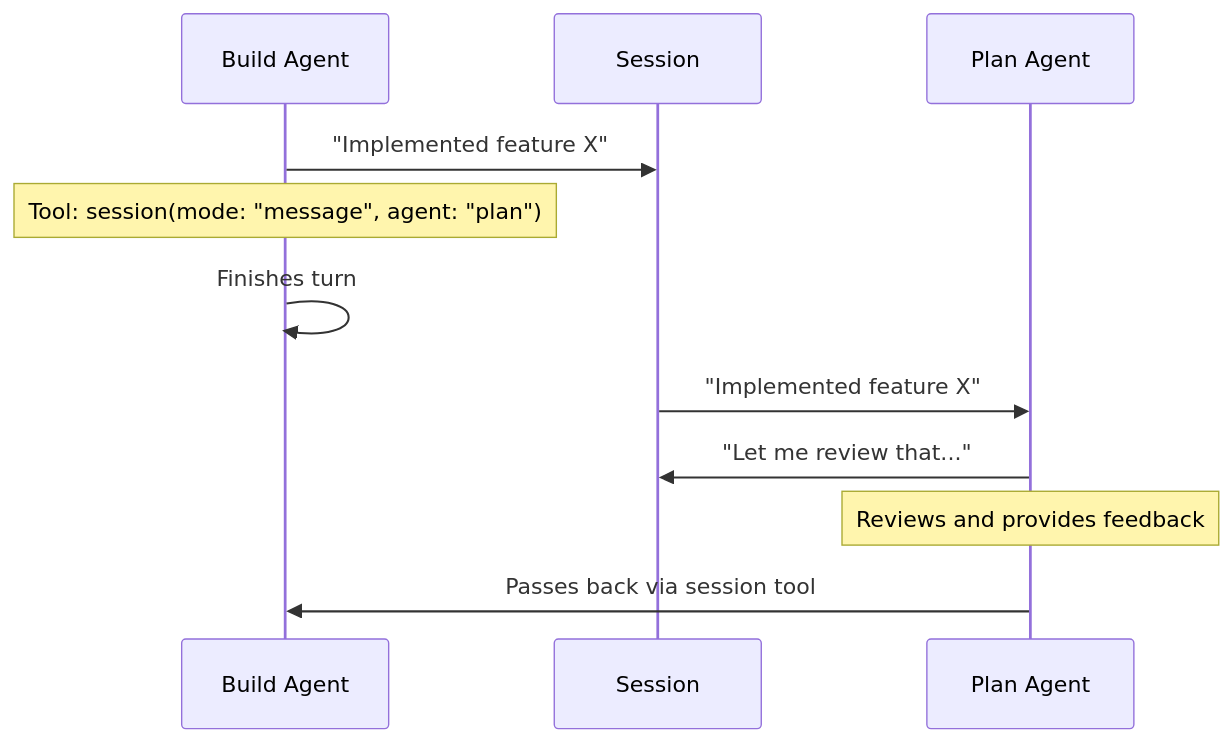
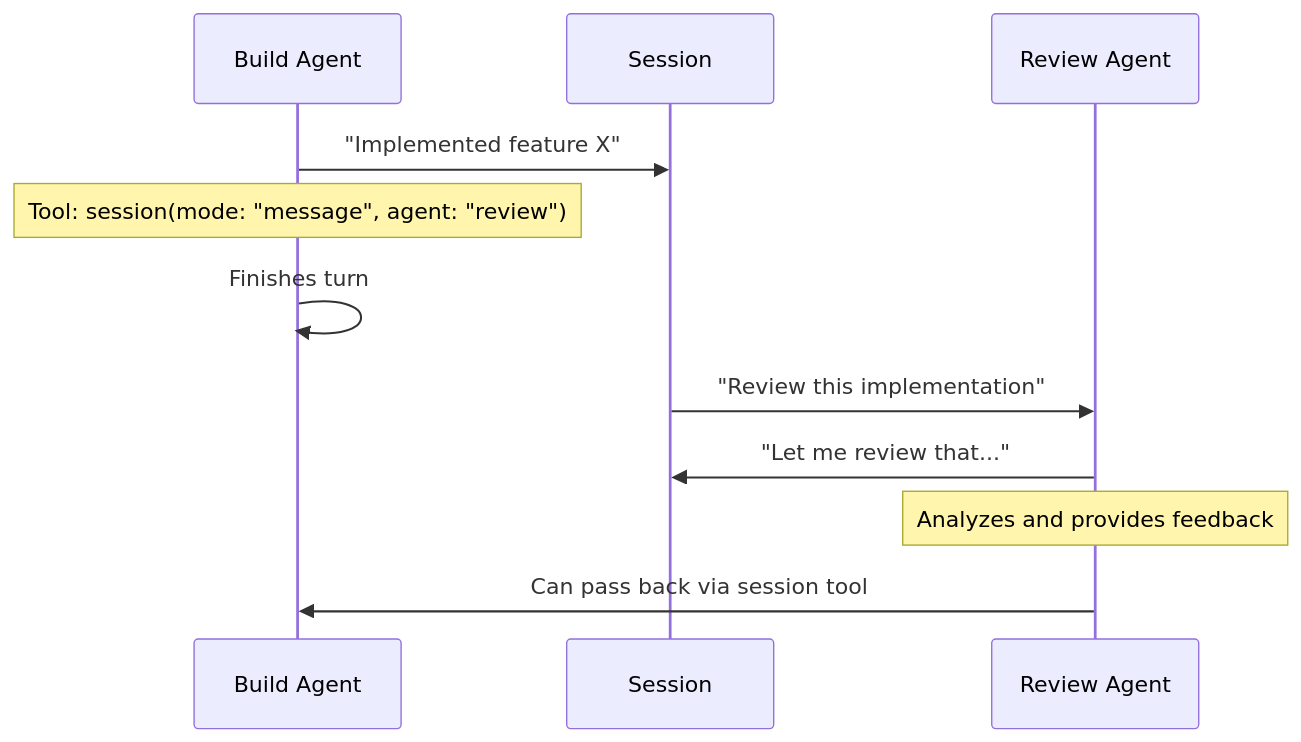
One commit to malhashemi/opencode-sessions changed the second of 4 diagrams in README.md. Above: the diagram before and after it, drawn with Mermaid. The commit also changed other lines of this file, not shown here.

First line of the commit message:
docs: improve README based on Reddit feedback

````diff
--- a/README.md
+++ b/README.md
@@ -28,14 +84,14 @@
 ```mermaid
 sequenceDiagram
     participant Build as Build Agent
     participant User as Session
-    participant Plan as Plan Agent
+    participant Review as Review Agent
 
     Build->>User: "Implemented feature X"
-    Note over Build: Tool: session(mode: "message", agent: "plan")
+    Note over Build: Tool: session(mode: "message", agent: "review")
     Build->>Build: Finishes turn
-    User->>Plan: "Implemented feature X"
-    Plan->>User: "Let me review that..."
-    Note over Plan: Reviews and provides feedback
-    Plan->>Build: Passes back via session tool
+    User->>Review: "Review this implementation"
+    Review->>User: "Let me review that..."
+    Note over Review: Analyzes and provides feedback
+    Review->>Build: Can pass back via session tool
 ```
````
